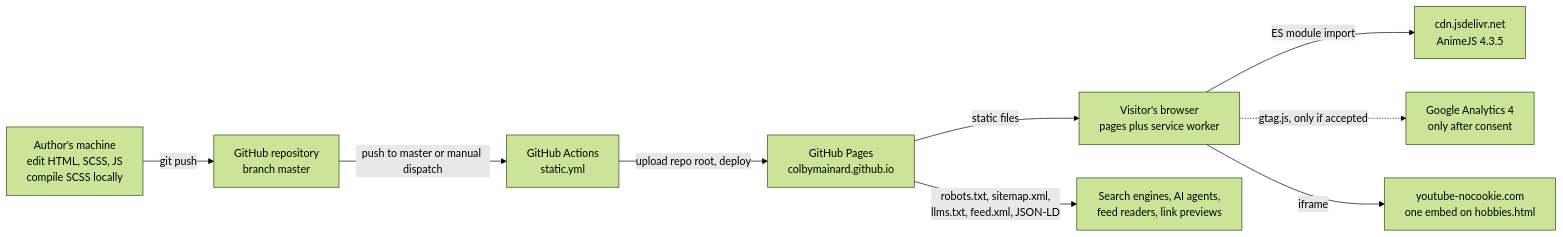
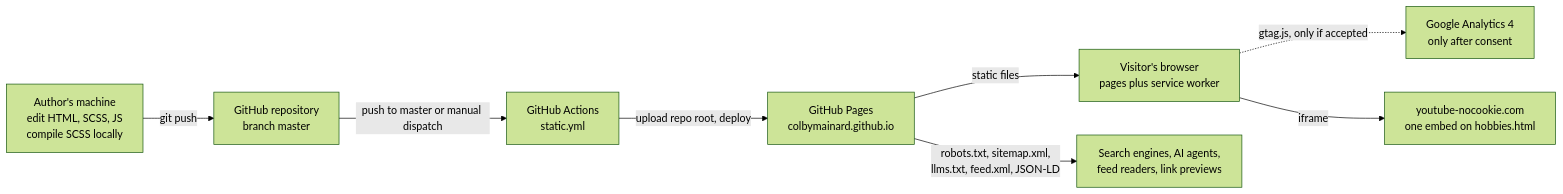
One commit to ColbyMainard/ColbyMainard.github.io changed the first of 13 diagrams in assets/markdown/architecture.md. Above: the diagram before and after it, drawn with Mermaid (forest theme). The commit also changed other lines of this file and 16 other files, not shown here.

````diff
--- a/assets/markdown/architecture.md
+++ b/assets/markdown/architecture.md
@@ -36,21 +36,19 @@
 ```mermaid
 flowchart LR
     Author["Author's machine<br/>edit HTML, SCSS, JS<br/>compile SCSS locally"]
     Repo["GitHub repository<br/>branch master"]
     Actions["GitHub Actions<br/>static.yml"]
     Pages["GitHub Pages<br/>colbymainard.github.io"]
     Browser["Visitor's browser<br/>pages plus service worker"]
-    CDN["cdn.jsdelivr.net<br/>AnimeJS 4.3.5"]
     GA["Google Analytics 4<br/>only after consent"]
     YT["youtube-nocookie.com<br/>one embed on hobbies.html"]
     Bots["Search engines, AI agents,<br/>feed readers, link previews"]
 
     Author -->|"git push"| Repo
     Repo -->|"push to master or manual dispatch"| Actions
     Actions -->|"upload repo root, deploy"| Pages
     Pages -->|"static files"| Browser
-    Browser -->|"ES module import"| CDN
     Browser -.->|"gtag.js, only if accepted"| GA
     Browser -->|"iframe"| YT
     Pages -->|"robots.txt, sitemap.xml,<br/>llms.txt, feed.xml, JSON-LD"| Bots
 ```
````
